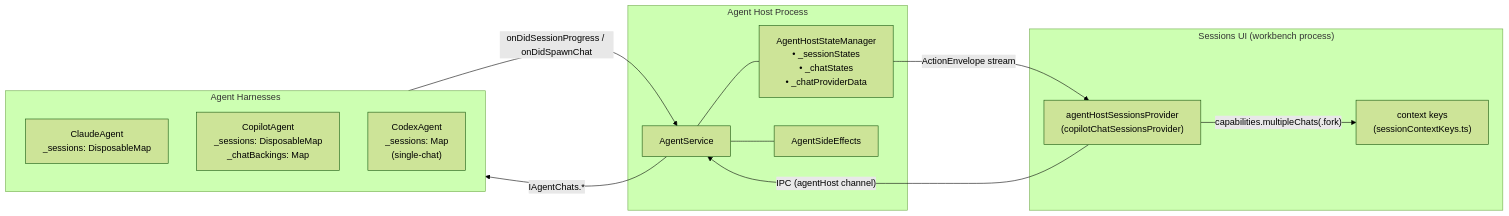
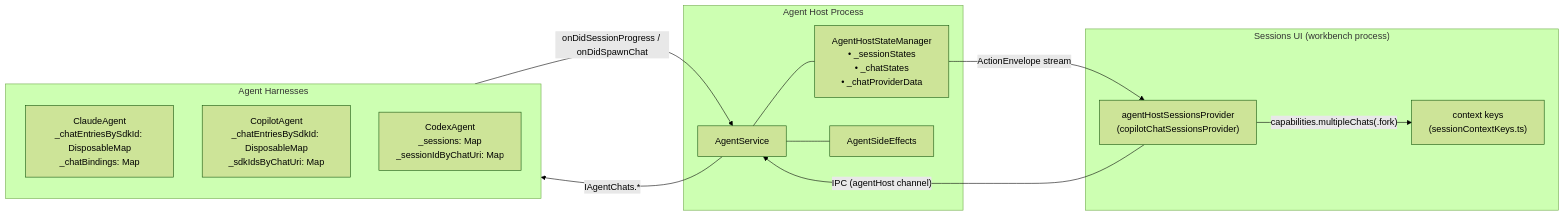
One commit to saschazepter/vscode changed the second of 6 diagrams in src/vs/platform/agentHost/MULTI_CHAT_ARCHITECTURE.md. Above: the diagram before and after it, drawn with Mermaid (forest theme). The commit also changed other lines of this file and 20 other files, not shown here.

First line of the commit message:
agentHost: flatten provider chat bindings

````diff
--- a/src/vs/platform/agentHost/MULTI_CHAT_ARCHITECTURE.md
+++ b/src/vs/platform/agentHost/MULTI_CHAT_ARCHITECTURE.md
@@ -185,27 +187,27 @@
 ```mermaid
 graph LR
     subgraph SessionsUI["Sessions UI (workbench process)"]
         provider["agentHostSessionsProvider<br/>(copilotChatSessionsProvider)"]
         ctxkeys["context keys<br/>(sessionContextKeys.ts)"]
     end
 
     subgraph AHP["Agent Host Process"]
         svc["AgentService"]
         stm["AgentHostStateManager\n• _sessionStates\n• _chatStates\n• _chatProviderData"]
         se["AgentSideEffects"]
         svc --- stm
         svc --- se
     end
 
     subgraph Harnesses["Agent Harnesses"]
-        claude["ClaudeAgent\n_sessions: DisposableMap<id, ClaudeSessionEntry>"]
-        copilot["CopilotAgent\n_sessions: DisposableMap<id, CopilotSessionEntry>\n_chatBackings: Map<chatUri, IPersistedChat>"]
-        codex["CodexAgent\n_sessions: Map<id, ICodexSession>\n(single-chat)"]
+        claude["ClaudeAgent\n_chatEntriesBySdkId: DisposableMap<sdkId, ClaudeChatEntry>\n_chatBindings: Map<chatUri, binding>"]
+        copilot["CopilotAgent\n_chatEntriesBySdkId: DisposableMap<sdkId, CopilotChatEntry>\n_sdkIdsByChatUri: Map<chatUri, sdkId>"]
+        codex["CodexAgent\n_sessions: Map<id, ICodexSession>\n_sessionIdByChatUri: Map<chatUri, id>"]
     end
 
     provider -->|"IPC (agentHost channel)"| svc
     svc -->|"IAgentChats.*"| Harnesses
     Harnesses -->|"onDidSessionProgress / onDidSpawnChat"| svc
     stm -->|"ActionEnvelope stream"| provider
     provider -->|"capabilities.multipleChats(.fork)"| ctxkeys
 ```
````
